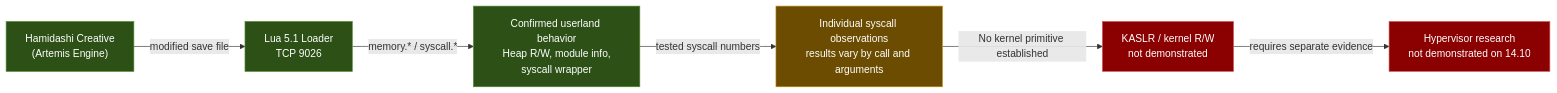
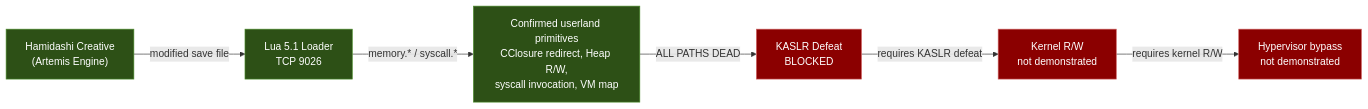
One commit to 0x7067/PS5-14.10-Research changed the first of 3 diagrams in README.md. Above: the diagram before and after it, drawn with Mermaid. The commit also changed other lines of this file and 4 other files, not shown here.

First line of the commit message:
Update README with funding section, add ALL_RESULTS.md and ALL_PROBES.md, update progress to 30/100

````diff
--- a/README.md
+++ b/README.md
@@ -44,15 +105,15 @@
 ```mermaid
 graph LR
     A["Hamidashi Creative<br/>(Artemis Engine)"] -->|modified save file| B["Lua 5.1 Loader<br/>TCP 9026"]
-    B -->|memory.* / syscall.*| C["Confirmed userland behavior<br/>Heap R/W, module info,<br/>syscall wrapper"]
-    C -->|tested syscall numbers| D["Individual syscall observations<br/>results vary by call and arguments"]
-    D -->|"No kernel primitive established"| E["KASLR / kernel R/W<br/>not demonstrated"]
-    E -->|requires separate evidence| F["Hypervisor research<br/>not demonstrated on 14.10"]
+    B -->|memory.* / syscall.*| C["Confirmed userland primitives<br/>CClosure redirect, Heap R/W,<br/>syscall invocation, VM map"]
+    C -->|"ALL PATHS DEAD"| D["KASLR Defeat<br/>BLOCKED"]
+    D -->|requires KASLR defeat| E["Kernel R/W<br/>not demonstrated"]
+    E -->|requires kernel R/W| F["Hypervisor bypass<br/>not demonstrated"]
 
     style A fill:#2d5016,stroke:#4a8c2a,color:#fff
     style B fill:#2d5016,stroke:#4a8c2a,color:#fff
     style C fill:#2d5016,stroke:#4a8c2a,color:#fff
-    style D fill:#6b4c00,stroke:#b8860b,color:#fff
+    style D fill:#8b0000,stroke:#cd5c5c,color:#fff
     style E fill:#8b0000,stroke:#cd5c5c,color:#fff
     style F fill:#8b0000,stroke:#cd5c5c,color:#fff
 ```
````
